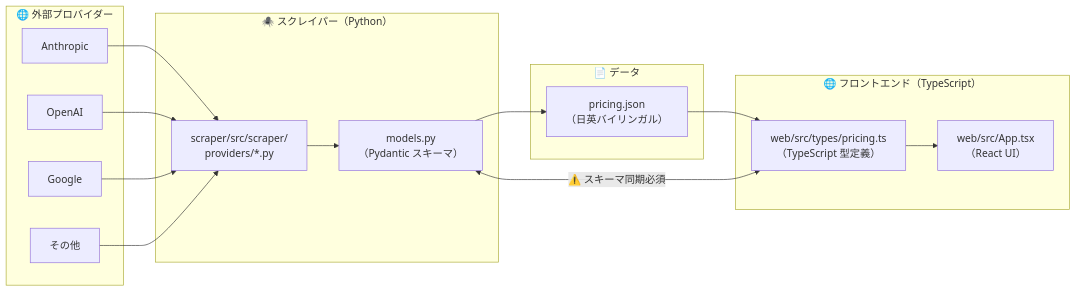
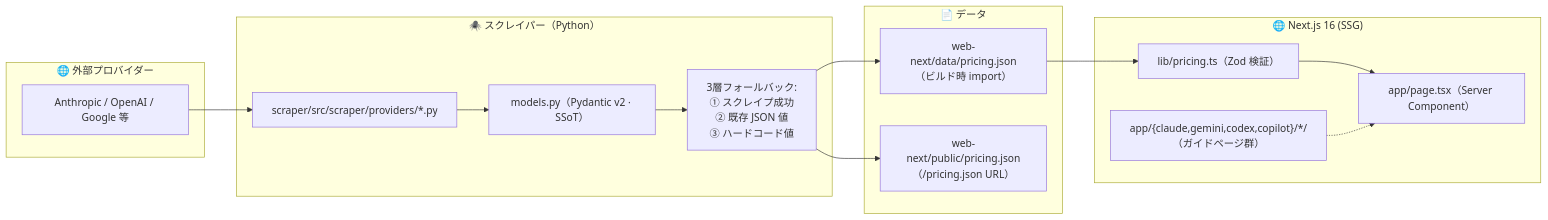
Before and after one commit to myoshi2891/Comparison-of-LLMs: the diagram in docs/README.md, drawn with Mermaid. The commit also changed other lines of this file and 11 other files, not shown here.

````diff
--- a/docs/README.md
+++ b/docs/README.md
@@ -247,34 +58,29 @@
 ```mermaid
 flowchart LR
     subgraph PROVIDERS["🌐 外部プロバイダー"]
-        P1["Anthropic"]
-        P2["OpenAI"]
-        P3["Google"]
-        P4["その他"]
+        P1["Anthropic / OpenAI / Google 等"]
     end
 
     subgraph SCRAPER["🕷️ スクレイパー（Python）"]
-        SC["scraper/src/scraper/<br/>providers/*.py"]
-        MODEL_PY["models.py<br/>（Pydantic スキーマ）"]
+        SC["scraper/src/scraper/providers/*.py"]
+        MODEL_PY["models.py（Pydantic v2 · SSoT）"]
+        FALLBACK["3層フォールバック:\n① スクレイプ成功\n② 既存 JSON 値\n③ ハードコード値"]
     end
 
     subgraph DATA["📄 データ"]
-        JSON["pricing.json<br/>（日英バイリンガル）"]
+        JSON_DATA["web-next/data/pricing.json\n（ビルド時 import）"]
+        JSON_PUB["web-next/public/pricing.json\n（/pricing.json URL）"]
     end
 
-    subgraph FRONTEND["🌐 フロントエンド（TypeScript）"]
-        TS_TYPE["web/src/types/pricing.ts<br/>（TypeScript 型定義）"]
-        APP["web/src/App.tsx<br/>（React UI）"]
+    subgraph FRONTEND["🌐 Next.js 16 (SSG)"]
+        ZOD["lib/pricing.ts（Zod 検証）"]
+        APP["app/page.tsx（Server Component）"]
+        GUIDE["app/{claude,gemini,codex,copilot}/*/\n（ガイドページ群）"]
     end
 
-    P1 --> SC
-    P2 --> SC
-    P3 --> SC
-    P4 --> SC
-    SC --> MODEL_PY
-    MODEL_PY --> JSON
-    JSON --> TS_TYPE
-    TS_TYPE --> APP
-
-    MODEL_PY <-->|"⚠️ スキーマ同期必須"| TS_TYPE
+    P1 --> SC --> MODEL_PY --> FALLBACK
+    FALLBACK --> JSON_DATA
+    FALLBACK --> JSON_PUB
+    JSON_DATA --> ZOD --> APP
+    GUIDE -.-> APP
 ```
````
